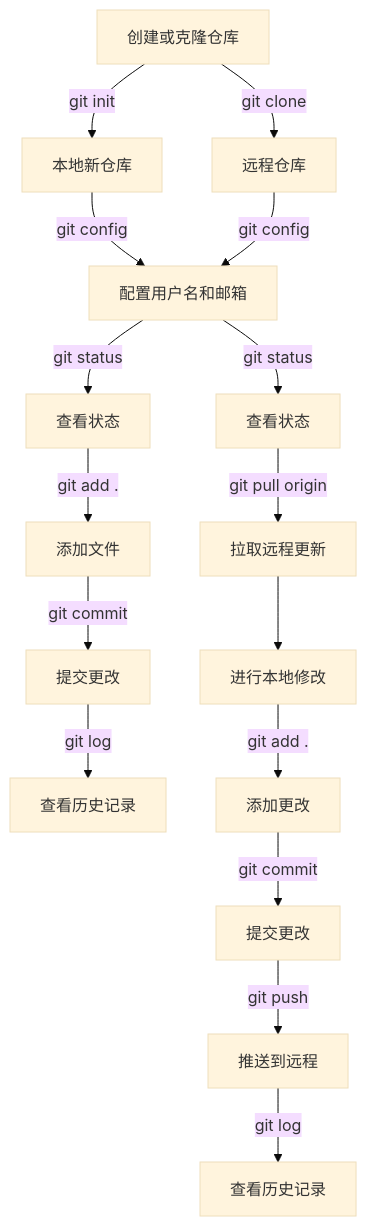
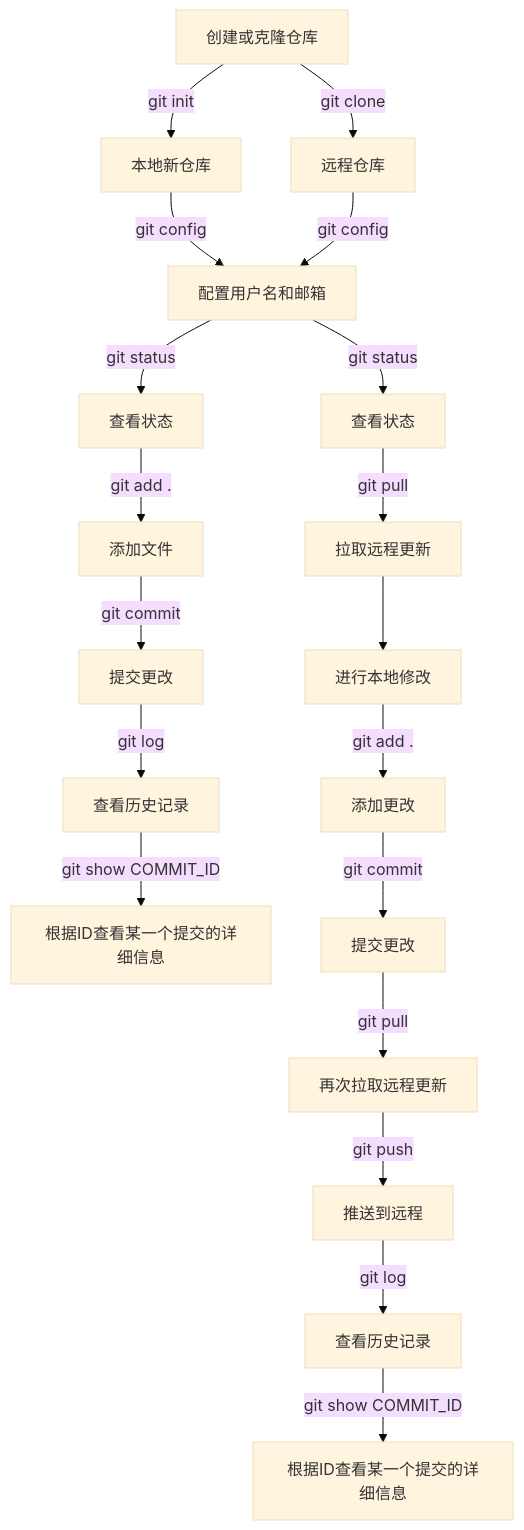
One commit to SprInec/LinuxLearn changed the diagram in README.md. Above: the diagram before and after it, drawn with Mermaid (base theme). The commit also changed other lines of this file and 3 other files, not shown here.

````diff
--- a/README.md
+++ b/README.md
@@ -881,20 +891,23 @@
 ```mermaid
 graph TD;
     A[创建或克隆仓库] -->|git init| B[本地新仓库]
     A -->|git clone| C[远程仓库]
     
     B -->|git config| E[配置用户名和邮箱]
     E -->|git status| F[查看状态]
     F -->|git add .| G[添加文件]
     G -->|git commit| H[提交更改]
     H --> |git log| R1[查看历史记录]
+    R1 --> |git show COMMIT_ID| S1[根据ID查看某一个提交的详细信息]
     
     C -->|git config| E
     E -->|git status| L[查看状态]
-    L -->|git pull origin <branch>| M[拉取远程更新]
+    L -->|git pull| M[拉取远程更新]
     M --> N[进行本地修改]
     N -->|git add .| O[添加更改]
     O -->|git commit| P[提交更改]
-    P -->|git push| Q[推送到远程]
+    P --> |git pull| M2[再次拉取远程更新]
+    M2 -->|git push| Q[推送到远程]
     Q -->|git log| R2[查看历史记录]
+    R2 --> |git show COMMIT_ID| S2[根据ID查看某一个提交的详细信息]
 ```
````
